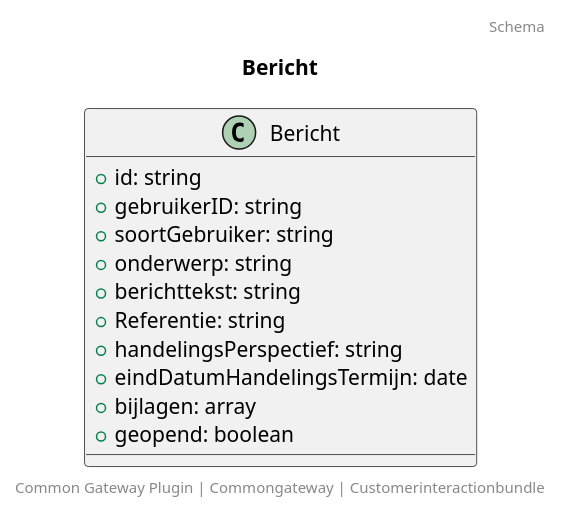
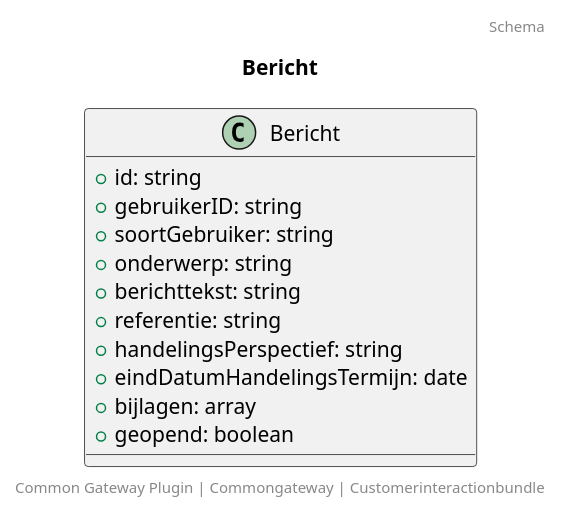
Before and after one commit to CommonGateway/CustomerInteractionBundle: the diagram in docs/schema/klant.bericht.puml, drawn with PlantUML. The commit also changed 3 other files, not shown here.

```diff
--- a/docs/schema/klant.bericht.puml
+++ b/docs/schema/klant.bericht.puml
@@ -1,18 +1,18 @@
 @startuml
 title: Bericht
 footer: Common Gateway Plugin | Commongateway | Customerinteractionbundle 
 header: Schema
 
 class Bericht {
   + id: string
   + gebruikerID: string
   + soortGebruiker: string
   + onderwerp: string
   + berichttekst: string
-  + Referentie: string
+  + referentie: string
   + handelingsPerspectief: string
   + eindDatumHandelingsTermijn: date
   + bijlagen: array
   + geopend: boolean
 }
 @enduml
```
